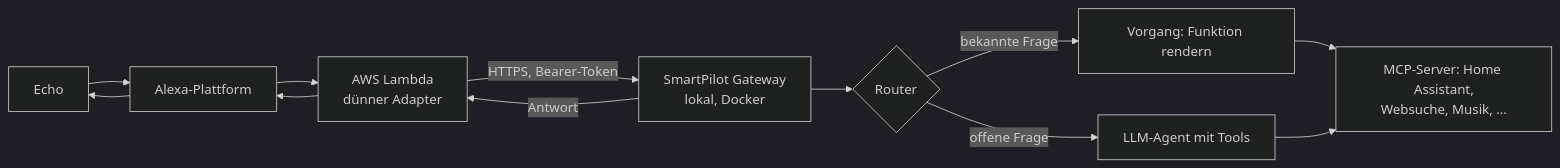
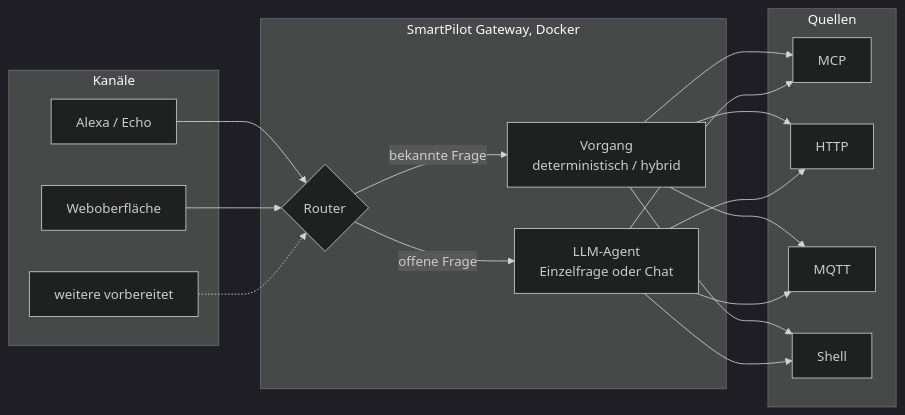
The diagram in README.md (dezihh/SmartPilot), drawn with Mermaid (dark theme) before and after one commit. The commit also changed other lines of this file, not shown here.

````diff
--- a/README.md
+++ b/README.md
@@ -58,11 +76,26 @@
 ```mermaid
 flowchart LR
-    E[Echo] --> P[Alexa-Plattform] --> L[AWS Lambda<br/>dünner Adapter]
-    L -->|HTTPS, Bearer-Token| G[SmartPilot Gateway<br/>lokal, Docker]
-    G --> R{Router}
-    R -->|bekannte Frage| V[Vorgang: Funktion rendern]
-    R -->|offene Frage| A[LLM-Agent mit Tools]
-    V --> M[MCP-Server: Home Assistant,<br/>Websuche, Musik, ...]
-    A --> M
-    G -->|Antwort| L --> P --> E
+    subgraph K[Kanäle]
+        E[Alexa / Echo]
+        W[Weboberfläche]
+        X[weitere vorbereitet]
+    end
+    subgraph GW[SmartPilot Gateway, Docker]
+        R{Router}
+        V[Vorgang<br/>deterministisch / hybrid]
+        A[LLM-Agent<br/>Einzelfrage oder Chat]
+    end
+    subgraph Q[Quellen]
+        M[MCP]
+        H[HTTP]
+        T[MQTT]
+        S[Shell]
+    end
+    E --> R
+    W --> R
+    X -.-> R
+    R -->|bekannte Frage| V
+    R -->|offene Frage| A
+    V --> M & H & T & S
+    A --> M & H & T & S
 ```
````
